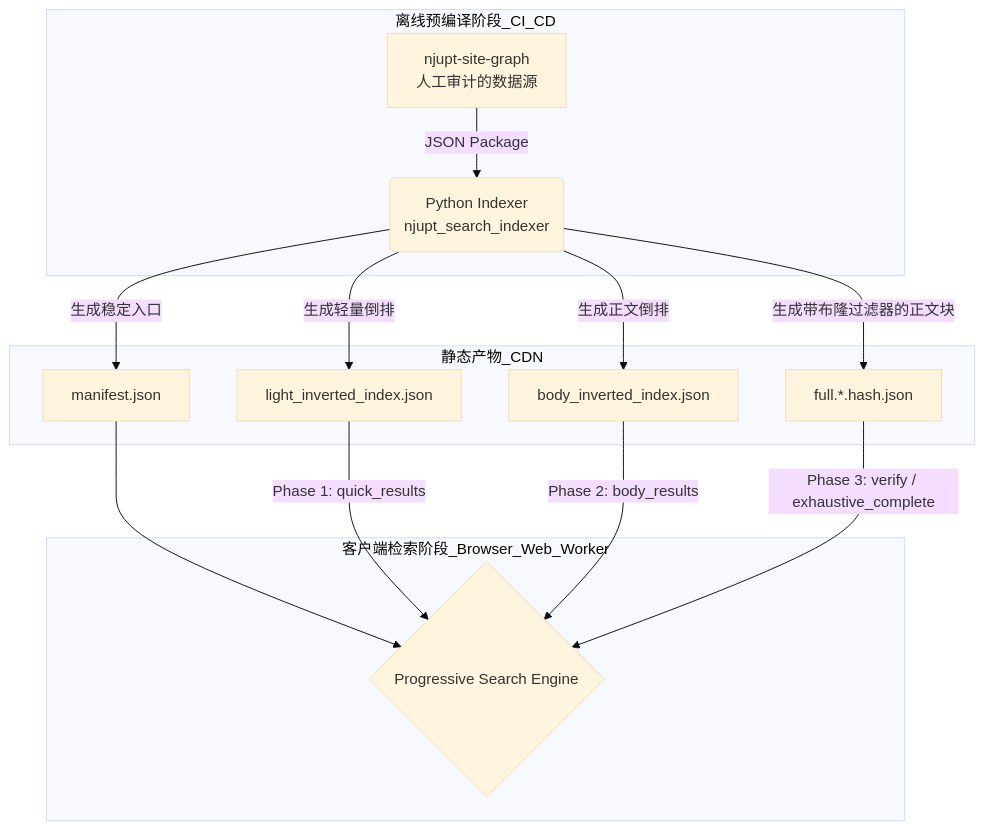
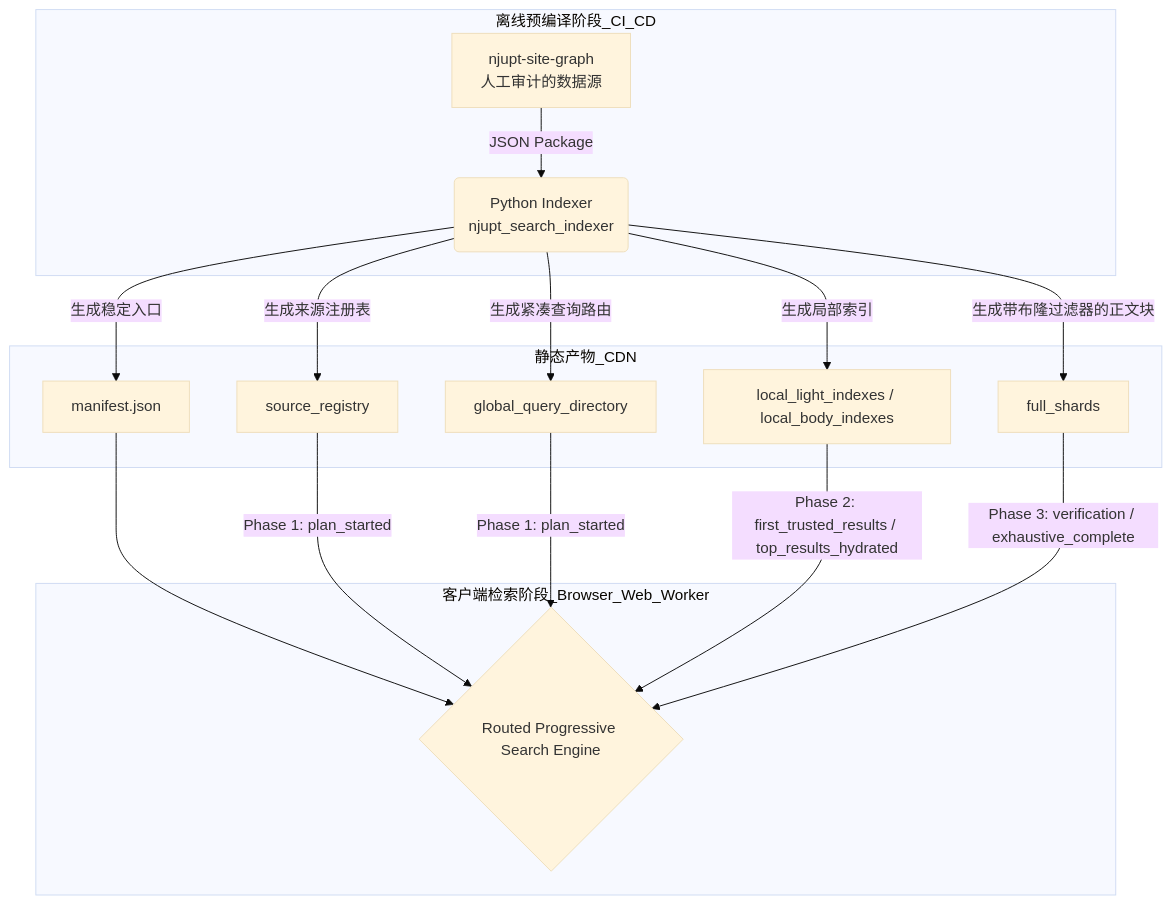
The diagram in README.md (hicancan/njupt-exam), drawn with Mermaid (base theme) before and after one commit. The commit also changed other lines of this file and 1991 other files, not shown here.

Commit message:
Implement routed sitegraph search artifacts

````diff
--- a/README.md
+++ b/README.md
@@ -32,20 +32,22 @@
 ```mermaid
 graph TD
     subgraph 离线预编译阶段_CI_CD
     A[njupt-site-graph<br/>人工审计的数据源] -->|JSON Package| B(Python Indexer<br/>njupt_search_indexer)
     end
 
     subgraph 静态产物_CDN
     B -->|生成稳定入口| C1[manifest.json]
-    B -->|生成轻量倒排| C2[light_inverted_index.json]
-    B -->|生成正文倒排| C3[body_inverted_index.json]
-    B -->|生成带布隆过滤器的正文块| C4[full.*.hash.json]
+    B -->|生成来源注册表| C2[source_registry]
+    B -->|生成紧凑查询路由| C3[global_query_directory]
+    B -->|生成局部索引| C4[local_light_indexes / local_body_indexes]
+    B -->|生成带布隆过滤器的正文块| C5[full_shards]
     end
 
     subgraph 客户端检索阶段_Browser_Web_Worker
-    C1 --> D{Progressive Search Engine}
-    C2 -->|Phase 1: quick_results| D
-    C3 -->|Phase 2: body_results| D
-    C4 -->|Phase 3: verify / exhaustive_complete| D
+    C1 --> D{Routed Progressive Search Engine}
+    C2 -->|Phase 1: plan_started| D
+    C3 -->|Phase 1: plan_started| D
+    C4 -->|Phase 2: first_trusted_results / top_results_hydrated| D
+    C5 -->|Phase 3: verification / exhaustive_complete| D
     end
 ```
````
